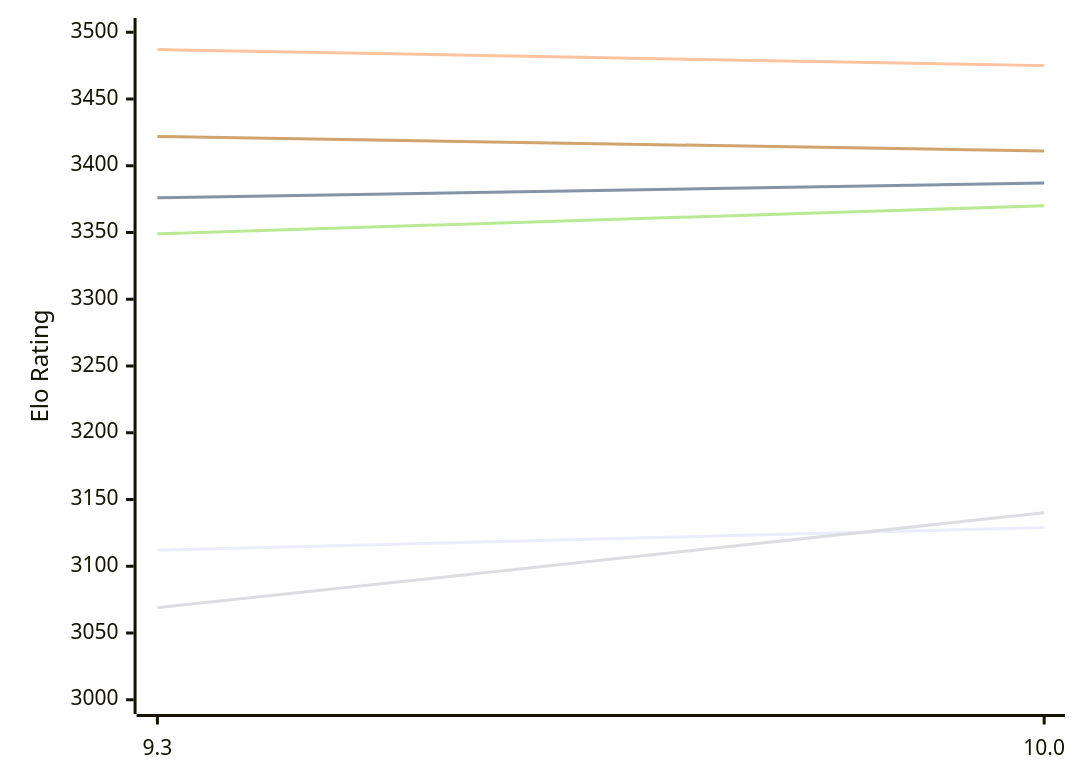
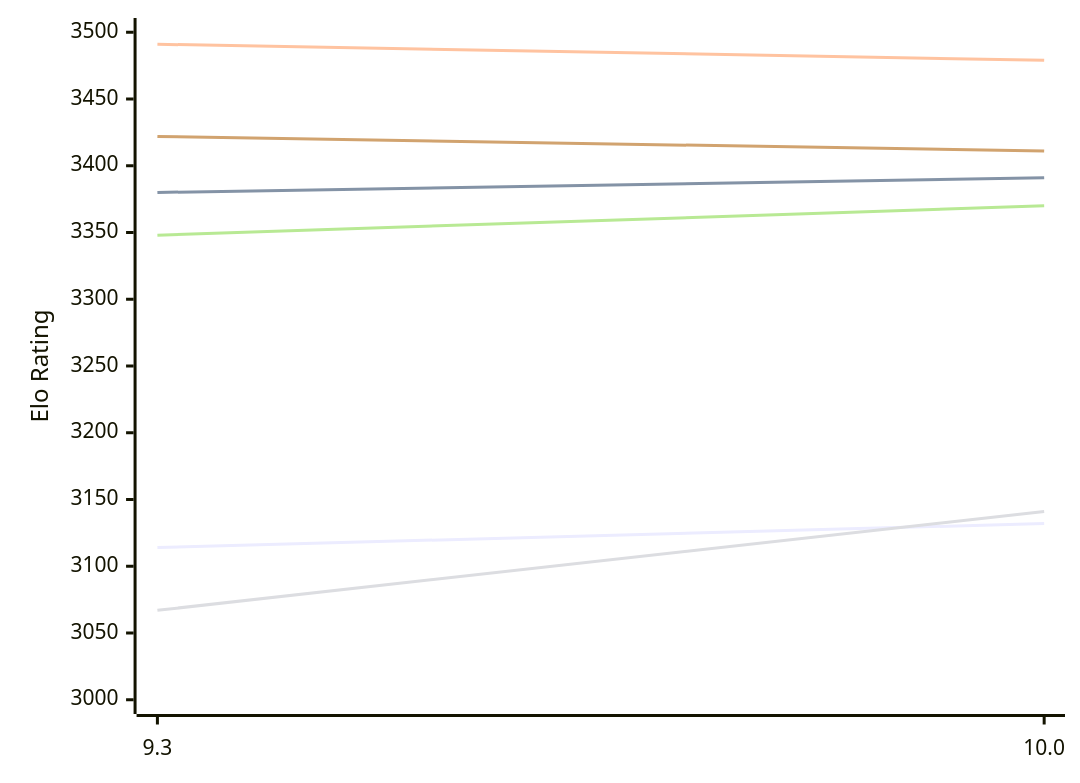
The first of 2 diagrams in engines/Fire.md (computer-chess-index/cci), drawn with Mermaid before and after one commit. The commit also changed other lines of this file, not shown here.

Commit message:
Update CCI Ratings (ELO VLTC) - 2026-11-22

````diff
--- a/engines/Fire.md
+++ b/engines/Fire.md
@@ -50,12 +50,12 @@
 ```mermaid
 %%{init: {"theme":"base","themeVariables":{"seriesColors:['#a3a3a3','#222221','#faa371']}}}%%
 xychart-beta
   x-axis ["9.3", "10.0"]
   y-axis "Elo Rating" 3000 --> 3500
-  line "E1: STC (8.0+0.08s)" [3112, 3129]
-  line "E1: LTC (60.0+0.60s)" [3376, 3387]
-  line "E1: VLTC (2m24s+1.12s)" [3487, 3475]
-  line "P1: STC (8.0+0.08s)" [3069, 3140]
-  line "P1: LTC (60.0+0.60s)" [3349, 3370]
+  line "E1: STC (8.0+0.08s)" [3114, 3132]
+  line "E1: LTC (60.0+0.60s)" [3380, 3391]
+  line "E1: VLTC (2m24s+1.12s)" [3491, 3479]
+  line "P1: STC (8.0+0.08s)" [3067, 3141]
+  line "P1: LTC (60.0+0.60s)" [3348, 3370]
   line "P1: VLTC (2m24s+1.12s)" [3422, 3411]
 ```
````
